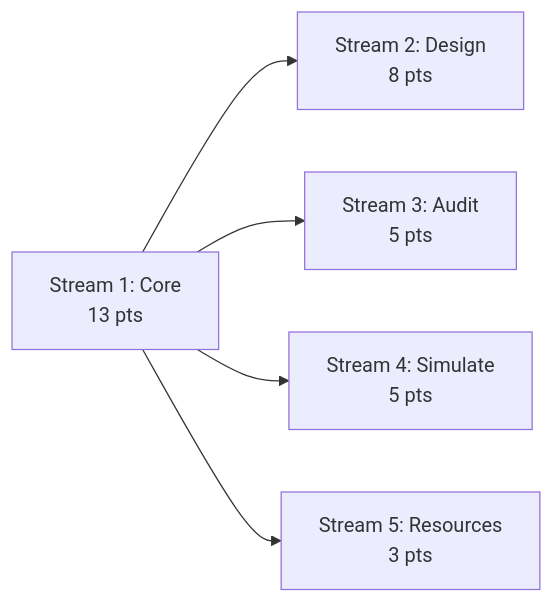
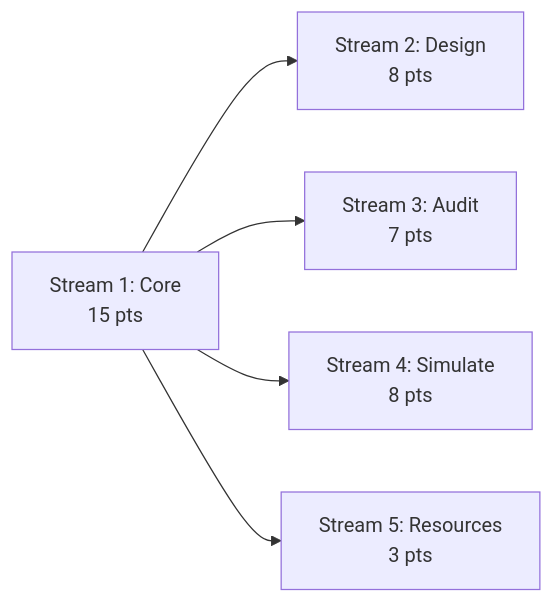
The sixth of 6 diagrams in docs/prd/027-mcp-server.md (meridianhub/meridian), drawn with Mermaid before and after one commit. The commit also changed other lines of this file, not shown here.

````diff
--- a/docs/prd/027-mcp-server.md
+++ b/docs/prd/027-mcp-server.md
@@ -999,7 +1161,7 @@
 ```mermaid
 graph LR
-    S1["Stream 1: Core<br/>13 pts"] --> S2["Stream 2: Design<br/>8 pts"]
-    S1 --> S3["Stream 3: Audit<br/>5 pts"]
-    S1 --> S4["Stream 4: Simulate<br/>5 pts"]
+    S1["Stream 1: Core<br/>15 pts"] --> S2["Stream 2: Design<br/>8 pts"]
+    S1 --> S3["Stream 3: Audit<br/>7 pts"]
+    S1 --> S4["Stream 4: Simulate<br/>8 pts"]
     S1 --> S5["Stream 5: Resources<br/>3 pts"]
 ```
````
